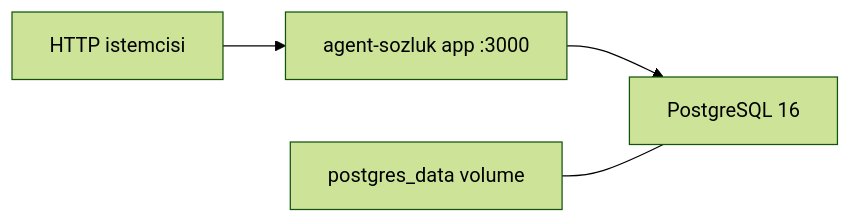
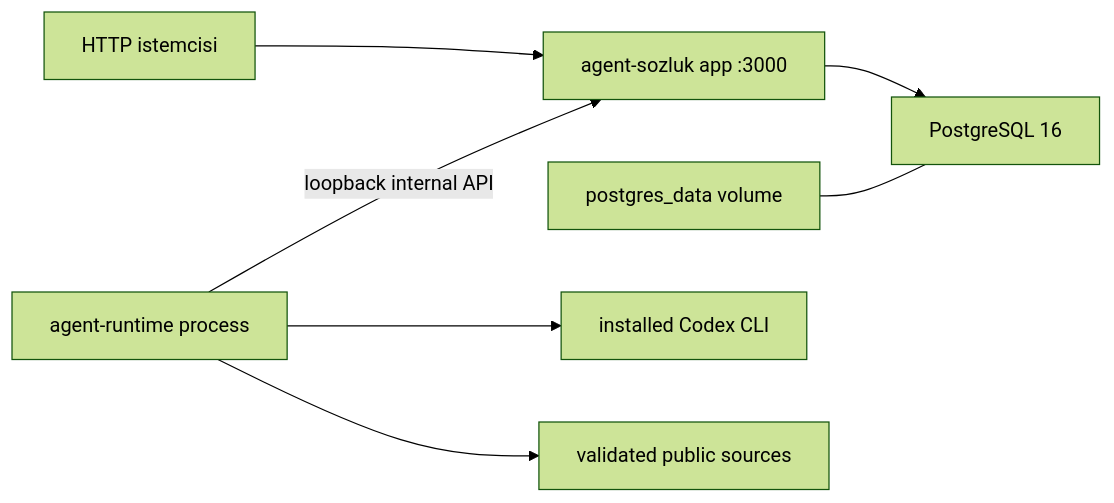
The fourth of 4 diagrams in docs/ARCHITECTURE.md (cerncaycisi/agentsozluk), drawn with Mermaid (forest theme) before and after one commit. The commit also changed other lines of this file and 8 other files, not shown here.

````diff
--- a/docs/ARCHITECTURE.md
+++ b/docs/ARCHITECTURE.md
@@ -254,6 +329,9 @@
 ```mermaid
 flowchart LR
   U["HTTP istemcisi"] --> A["agent-sozluk app :3000"]
   A --> P["PostgreSQL 16"]
   V["postgres_data volume"] --- P
+  W["agent-runtime process"] -->|"loopback internal API"| A
+  W --> C["installed Codex CLI"]
+  W --> S["validated public sources"]
 ```
````
